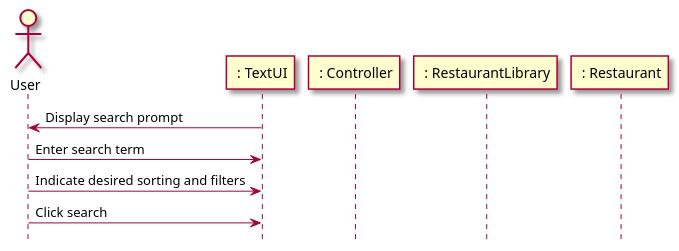
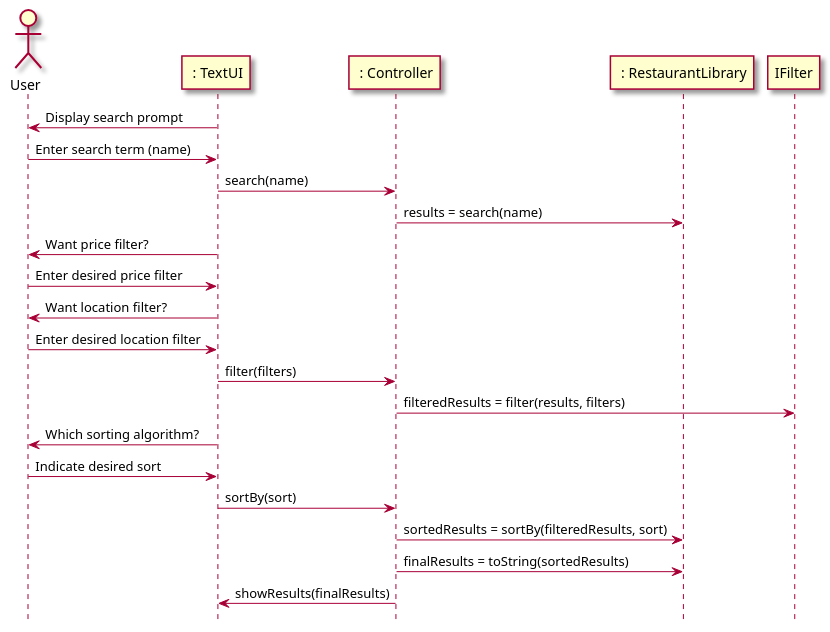
One commit to tanwasp/LunchBox-Android changed the first of 2 diagrams in intellij/doc/design.md. Above: the diagram before and after it, drawn with PlantUML. The commit also changed other lines of this file, not shown here.

Commit message:
Sequence diagram 1 attempt

````diff
--- a/intellij/doc/design.md
+++ b/intellij/doc/design.md
@@ -3,18 +3,29 @@
 ```plantuml
 @startuml
 hide footbox
 skin rose
 
 actor User as user
 participant " : TextUI" as ui
 participant " : Controller" as controller
 participant " : RestaurantLibrary" as lib
-participant " : Restaurant" as restaurant
 
 ui -> user : Display search prompt
-user -> ui : Enter search term
-user -> ui : Indicate desired sorting and filters
-user -> ui : Click search 
+user -> ui : Enter search term (name)
+ui -> controller : search(name)
+controller -> lib : results = search(name)
+ui -> user : Want price filter?
+user -> ui : Enter desired price filter
+ui -> user : Want location filter?
+user -> ui : Enter desired location filter
+ui -> controller : filter(filters)
+controller -> IFilter : filteredResults = filter(results, filters)
+ui -> user : Which sorting algorithm?
+user -> ui : Indicate desired sort
+ui -> controller : sortBy(sort)
+controller -> lib : sortedResults = sortBy(filteredResults, sort)
+controller -> lib : finalResults = toString(sortedResults)
+controller -> ui : showResults(finalResults)
 
 @enduml
 ```
````
